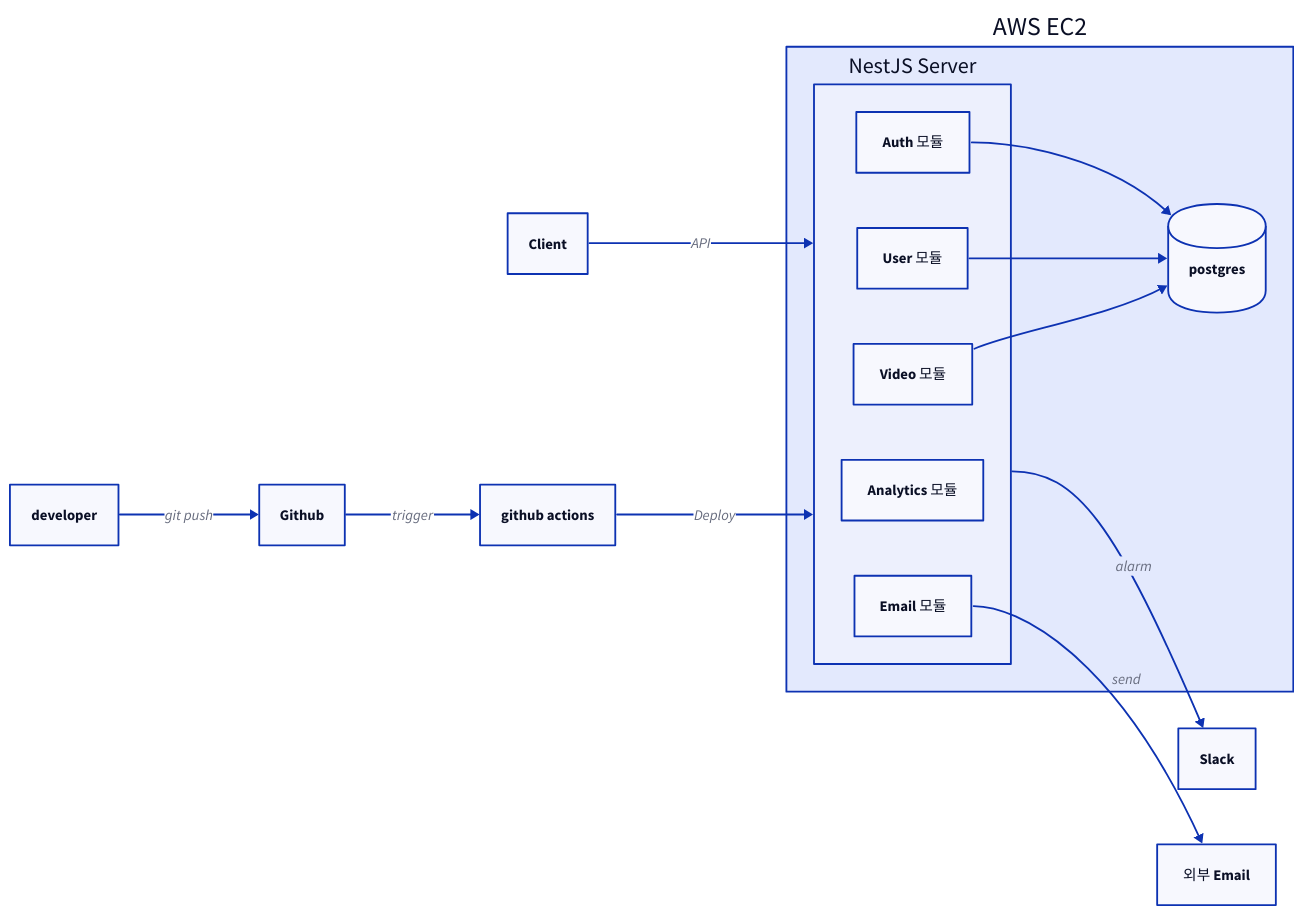
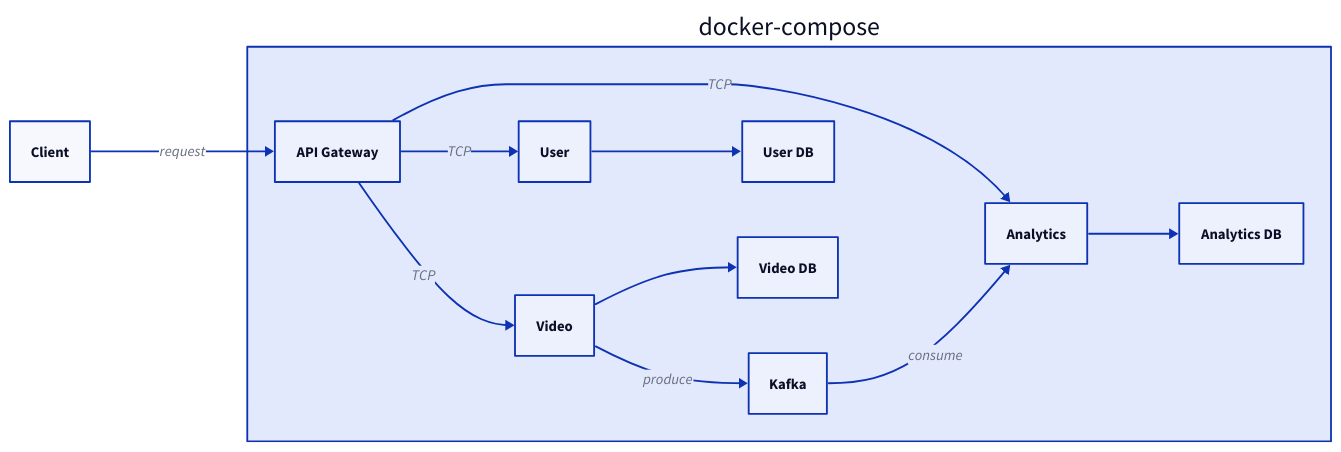
One commit to leecoder5359/nest-msa changed the diagram in diagram/d2/architecture.d2. Above: the diagram before and after it, drawn with D2. The commit also changed 146 other files, not shown here.

```diff
--- a/diagram/d2/architecture.d2
+++ b/diagram/d2/architecture.d2
@@ -1,35 +1,28 @@
 direction: right
 
 client: Client
 
-ec2: AWS EC2 {
-  server: NestJS Server {
-    auth: Auth 모듈
-    user: User 모듈
-    video: Video 모듈
-    analytics: Analytics 모듈
-    email: Email 모듈
-  }
+client -> docker_compose.api_gateway: request
 
-  postgres.shape: cylinder
+docker_compose: docker-compose {
+  api_gateway: API Gateway
+  user: User
+  video: Video
+  analytics: Analytics
+
+  kafka: Kafka
+  user_db: User DB
+  video_db: Video DB
+  analytics_db: Analytics DB
+
+  api_gateway -> user: TCP
+  api_gateway -> video: TCP
+  api_gateway -> analytics: TCP
+
+  video -> kafka: produce
+  kafka -> analytics: consume
+
+  user -> user_db
+  video -> video_db
+  analytics -> analytics_db
 }
-
-client -> ec2.server: API
-
-ec2.server.auth -> ec2.postgres
-ec2.server.user -> ec2.postgres
-ec2.server.video -> ec2.postgres
-
-github: Github
-
-email: 외부 Email
-
-ec2.server.email -> email: send
-
-slack: Slack
-
-ec2.server -> slack: alarm
-
-developer -> github: git push
-github -> github actions: trigger
-github actions -> ec2.Server: Deploy
```
